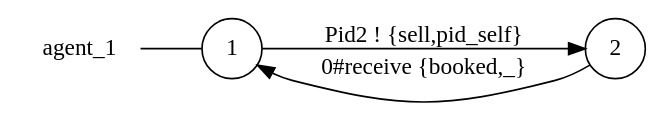
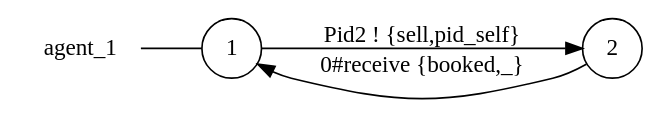
One commit to gabrielegenovese/chorer changed the diagram in examples/airline/agent_1_local_view.dot. Above: the diagram before and after it, drawn with Graphviz. The commit also changed other lines of this file and 133 other files, not shown here.

```diff
--- a/examples/airline/agent_1_local_view.dot
+++ b/examples/airline/agent_1_local_view.dot
@@ -1,10 +1,10 @@
 digraph agent_1 {
 	rankdir="LR";
 	n_0 [label="agent_1", shape="plaintext"];
 	n_1 [id="1", shape=circle, label="1"];
 	n_0 -> n_1 [arrowhead=none];
 	n_2 [id="2", shape=circle, label="2"];
 
+	n_2 -> n_1 [id="[$e|3]", label="0#receive {booked,_}"];
 	n_1 -> n_2 [id="[$e|2]", label="Pid2 ! {sell,pid_self}"];
-	n_2 -> n_1 [id="[$e|3]", label="0#receive {booked,_}"];
 }
```
